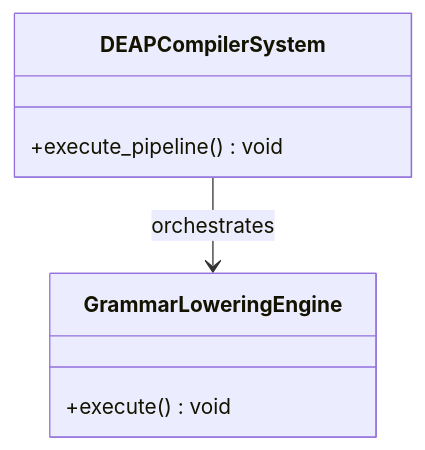
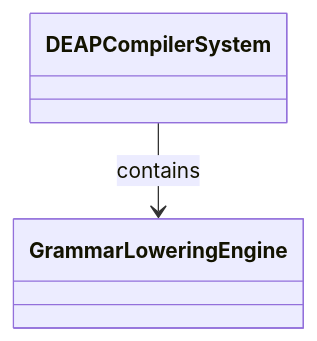
The first of 2 diagrams in docs/epics/EPIC-06-Subsystem_4_Complete_SysMLv2_KerML_Grammar.md (gintatkinson/dumpiler-01), drawn with Mermaid before and after one commit. The commit also changed other lines of this file and 101 other files, not shown here.

````diff
--- a/docs/epics/EPIC-06-Subsystem_4_Complete_SysMLv2_KerML_Grammar.md
+++ b/docs/epics/EPIC-06-Subsystem_4_Complete_SysMLv2_KerML_Grammar.md
@@ -51,10 +66,6 @@
 ```mermaid
 classDiagram
-    class DEAPCompilerSystem {
-        +execute_pipeline() void
-    }
-    class GrammarLoweringEngine {
-        +execute() void
-    }
-    DEAPCompilerSystem --> GrammarLoweringEngine : orchestrates
+    class DEAPCompilerSystem
+    class GrammarLoweringEngine
+    DEAPCompilerSystem --> GrammarLoweringEngine : contains
 ```
````
